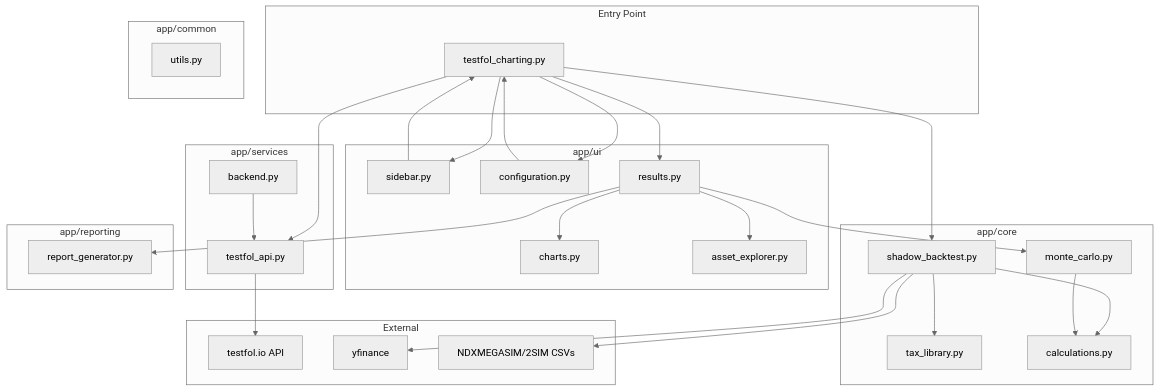
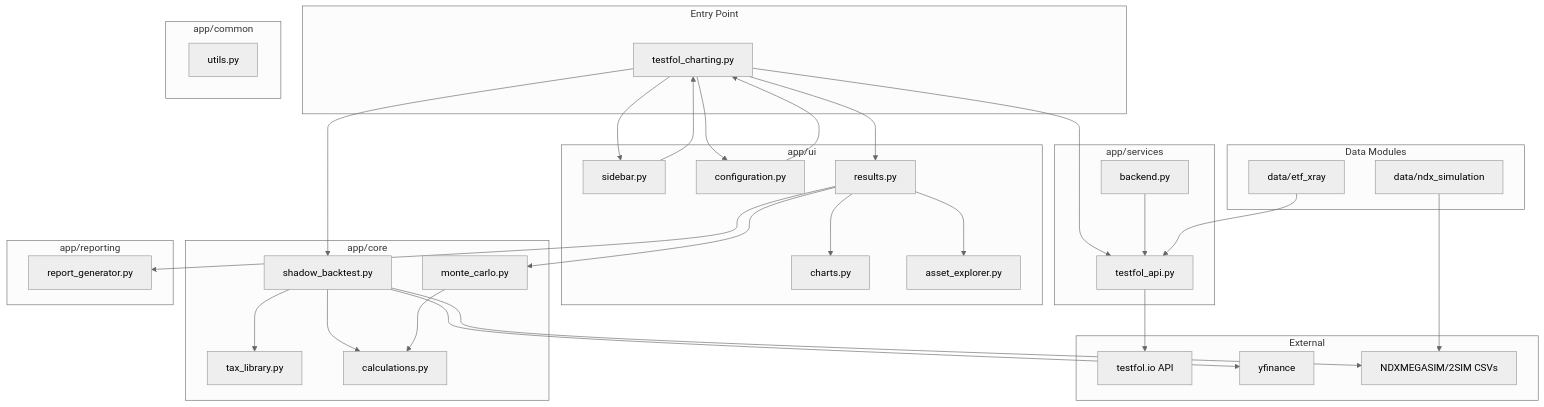
Before and after one commit to Acelogic/Testfol-MarginStresser: the first of 3 diagrams in app/ARCHITECTURE.md, drawn with Mermaid (neutral theme). The commit also changed 88 other files, not shown here.

````diff
--- a/app/ARCHITECTURE.md
+++ b/app/ARCHITECTURE.md
@@ -11,64 +11,72 @@
 ```mermaid
 graph TD
     subgraph Entry Point
         MAIN[testfol_charting.py]
     end
 
     subgraph app/ui
         SB[sidebar.py]
         CF[configuration.py]
         RS[results.py]
         CH[charts.py]
         AE[asset_explorer.py]
     end
 
     subgraph app/core
         SH[shadow_backtest.py]
         TX[tax_library.py]
         MC[monte_carlo.py]
         CA[calculations.py]
     end
 
     subgraph app/services
         API[testfol_api.py]
         BE[backend.py]
     end
 
     subgraph app/common
         UT[utils.py]
     end
 
     subgraph app/reporting
         RG[report_generator.py]
     end
 
     subgraph External
         TESTFOL[testfol.io API]
         YF[yfinance]
         MEGA[NDXMEGASIM/2SIM CSVs]
     end
 
     MAIN --> SB
     MAIN --> CF
     MAIN --> RS
     
     SB --> MAIN
     CF --> MAIN
     
     RS --> CH
     RS --> AE
     RS --> RG
     
     MAIN --> API --> TESTFOL
     MAIN --> SH
     
     SH --> TX
     SH --> CA
     SH --> YF
     SH --> MEGA
     
     RS --> MC
     MC --> CA
     
     BE --> API
+
+    subgraph Data Modules
+        NDX[data/ndx_simulation]
+        XRAY[data/etf_xray]
+    end
+    
+    NDX --> MEGA
+    XRAY --> API
 ```
````
